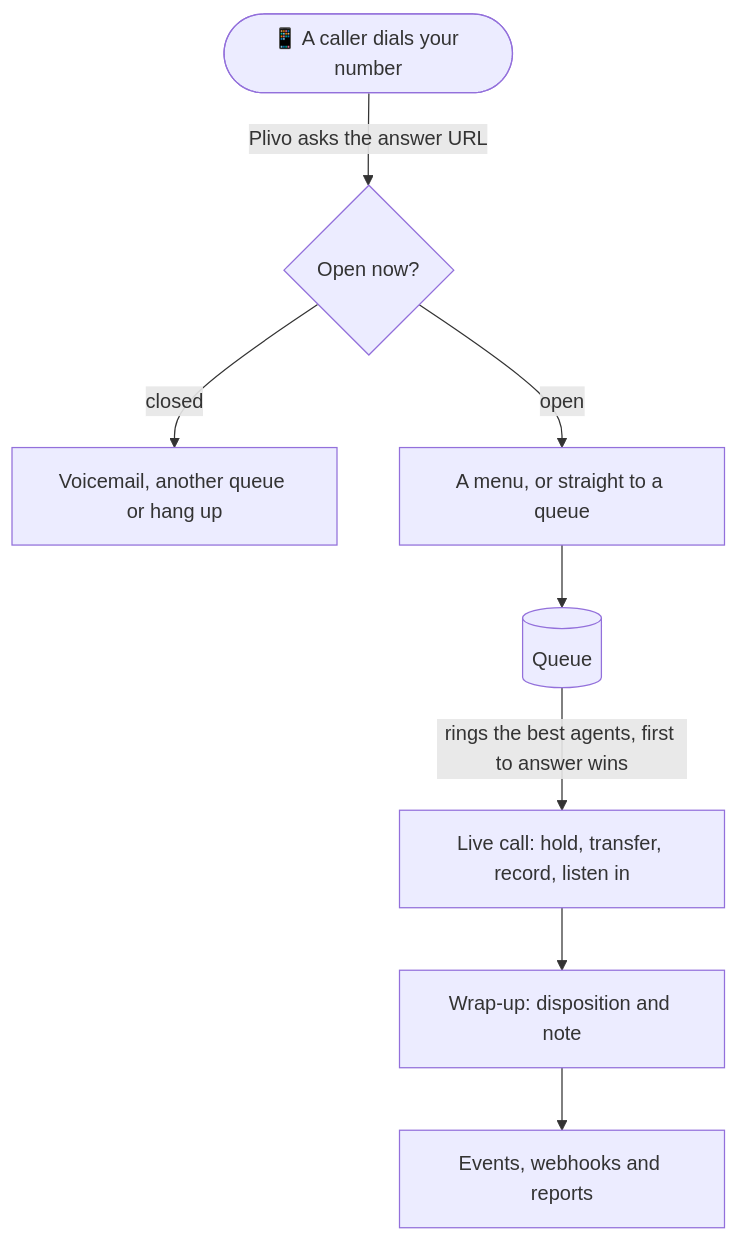
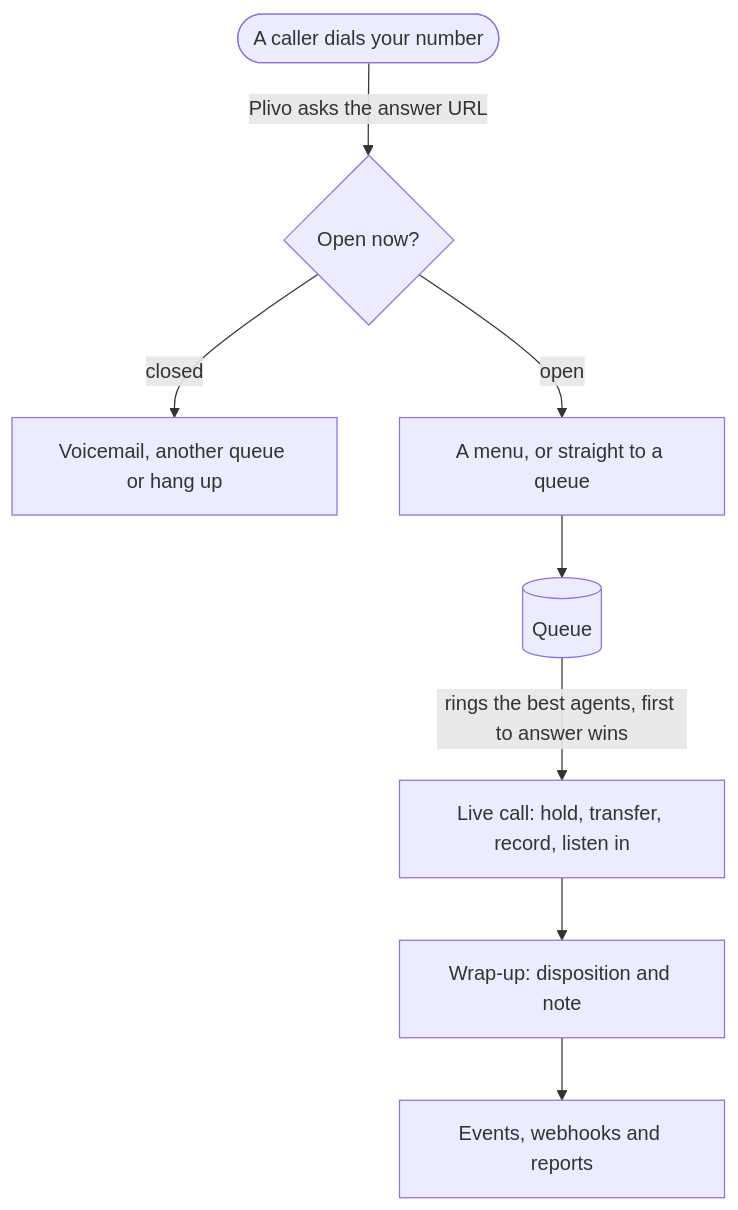
Before and after one commit to plivo-labs/human-specialist: the first of 2 diagrams in README.md, drawn with Mermaid. The commit also changed other lines of this file and 2 other files, not shown here.

````diff
--- a/README.md
+++ b/README.md
@@ -81,10 +81,10 @@
 ```mermaid
 flowchart TD
-    caller(["📱 A caller dials your number"]) -->|Plivo asks the answer URL| hours{"Open now?"}
+    caller(["A caller dials your number"]) -->|Plivo asks the answer URL| hours{"Open now?"}
     hours -->|closed| closed["Voicemail, another queue or hang up"]
     hours -->|open| menu["A menu, or straight to a queue"]
     menu --> queue[("Queue")]
     queue -->|"rings the best agents, first to answer wins"| live["Live call: hold, transfer, record, listen in"]
     live --> wrap["Wrap-up: disposition and note"]
     wrap --> events["Events, webhooks and reports"]
 ```
````
